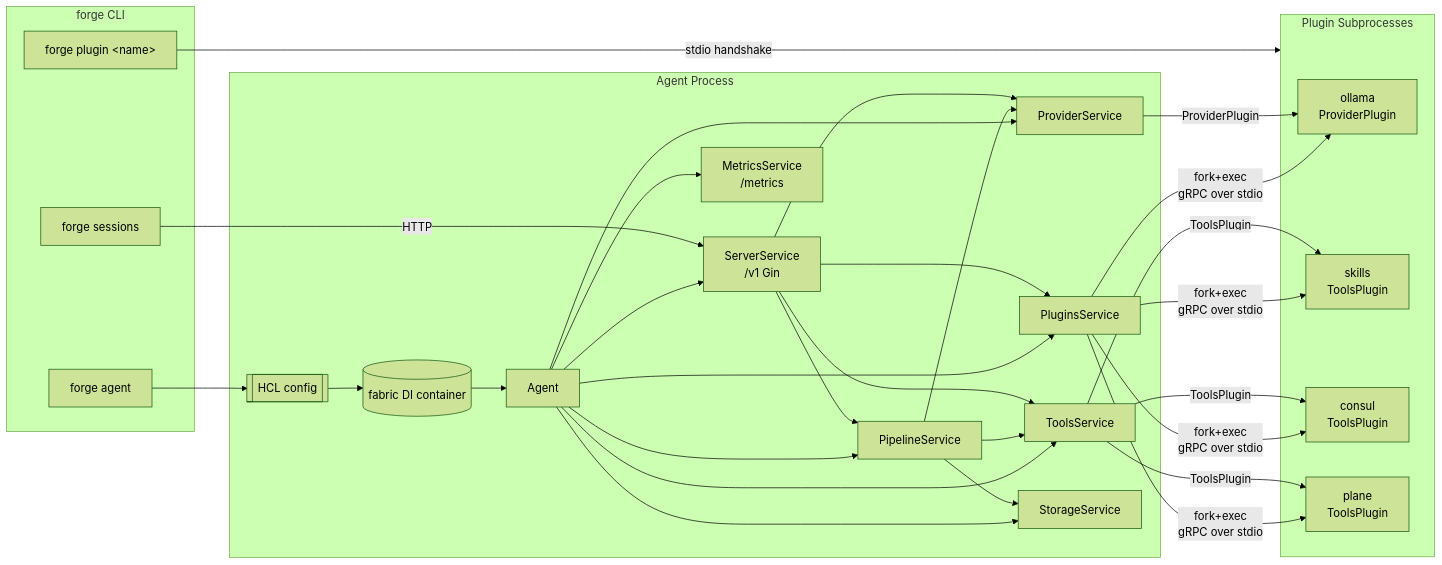
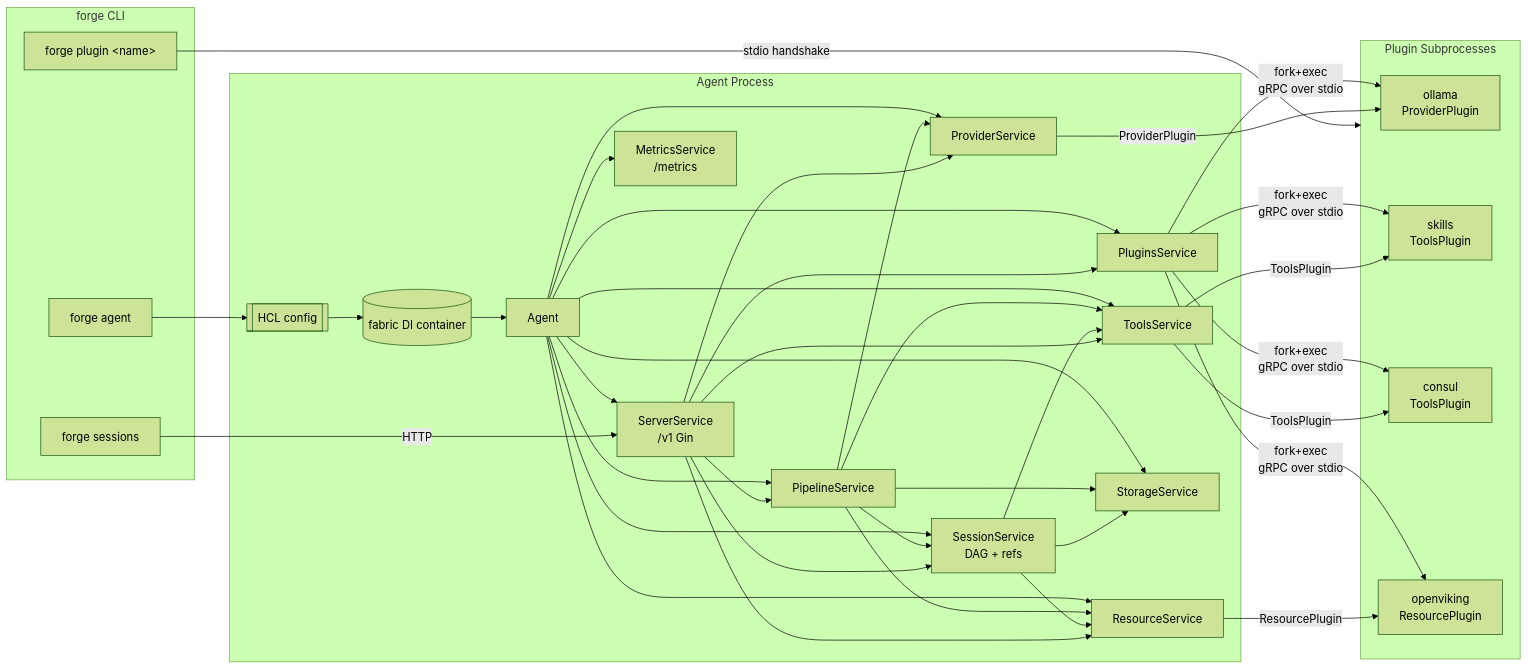
One commit to mwantia/forge changed the diagram in README.md. Above: the diagram before and after it, drawn with Mermaid (forest theme). The commit also changed other lines of this file and 52 other files, not shown here.

First line of the commit message:
Migrate sessions to content-addressed Merkle DAG and replace memory with resource service

````diff
--- a/README.md
+++ b/README.md
@@ -32,40 +57,44 @@
 ```mermaid
 flowchart LR
     subgraph CLI[forge CLI]
         AGENT[forge agent]
         PLUG[forge plugin &lt;name&gt;]
         SESS[forge sessions]
     end
 
     subgraph Agent[Agent Process]
         CFG[[HCL config]]
         FAB[(fabric DI container)]
         AGT[Agent]
         SRV[ServerService<br/>/v1 Gin]
         MET[MetricsService<br/>/metrics]
         PIPE[PipelineService]
+        SESV[SessionService<br/>DAG + refs]
+        RES[ResourceService]
         PROV[ProviderService]
         TOOL[ToolsService]
         PLUGS[PluginsService]
         STOR[StorageService]
     end
 
     subgraph Plugins[Plugin Subprocesses]
         OLL[ollama<br/>ProviderPlugin]
         SKL[skills<br/>ToolsPlugin]
         CON[consul<br/>ToolsPlugin]
-        PLN[plane<br/>ToolsPlugin]
+        OV[openviking<br/>ResourcePlugin]
     end
 
     AGENT --> CFG --> FAB --> AGT
-    AGT --> PLUGS & PROV & TOOL & SRV & MET & PIPE & STOR
+    AGT --> PLUGS & PROV & TOOL & SRV & MET & PIPE & STOR & SESV & RES
 
-    PLUGS -- fork+exec<br/>gRPC over stdio --> OLL & SKL & CON & PLN
+    PLUGS -- fork+exec<br/>gRPC over stdio --> OLL & SKL & CON & OV
     PROV -- ProviderPlugin --> OLL
-    TOOL -- ToolsPlugin --> SKL & CON & PLN
-    PIPE --> PROV & TOOL & STOR
-    SRV --> PIPE & PROV & TOOL & PLUGS
+    TOOL -- ToolsPlugin --> SKL & CON
+    RES -- ResourcePlugin --> OV
+    PIPE --> PROV & TOOL & STOR & SESV & RES
+    SESV --> STOR & TOOL & RES
+    SRV --> PIPE & SESV & RES & PROV & TOOL & PLUGS
 
     SESS -- HTTP --> SRV
     PLUG -- stdio handshake --> Plugins
 ```
````
